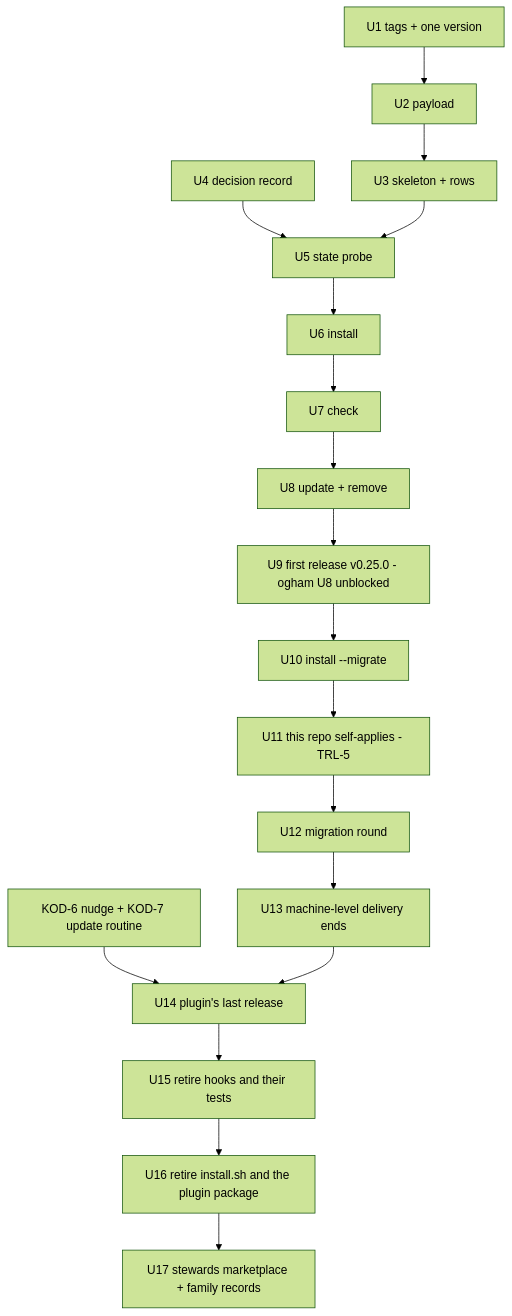
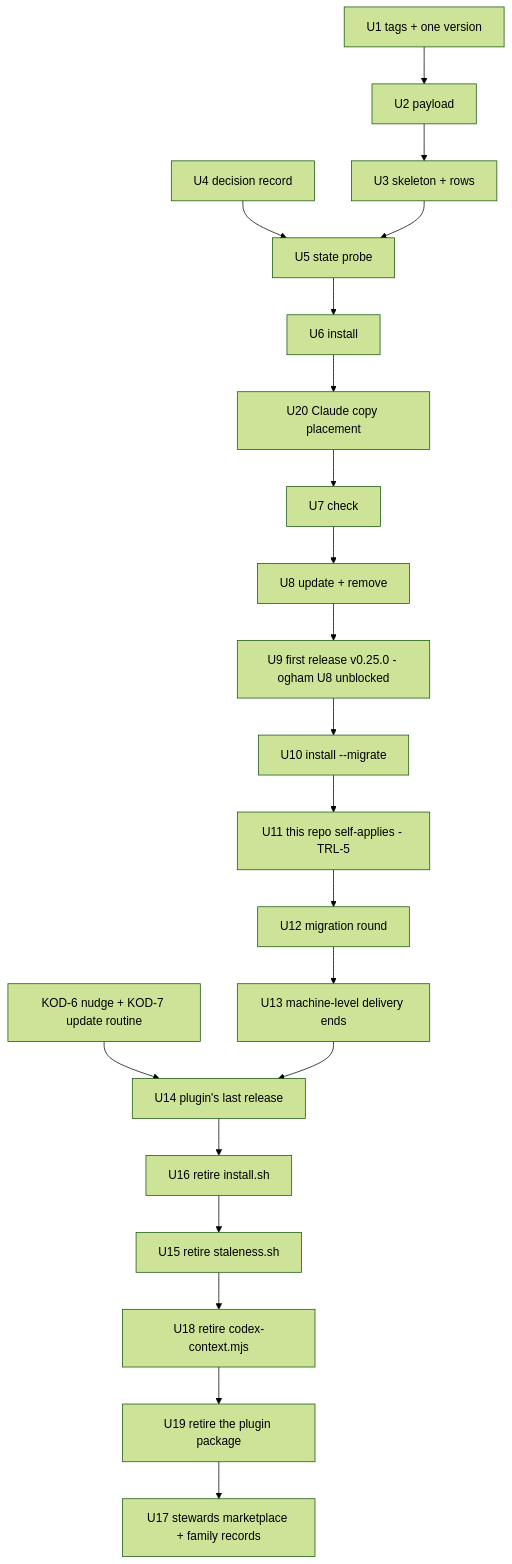
Before and after one commit to kodhama/trellis: the third of 3 diagrams in docs/plans/2026-10-09-1945-refactor-trellis-delivery-direction-plan.md, drawn with Mermaid (forest theme). The commit also changed other lines of this file, not shown here.

````diff
--- a/docs/plans/2026-10-09-1945-refactor-trellis-delivery-direction-plan.md
+++ b/docs/plans/2026-10-09-1945-refactor-trellis-delivery-direction-plan.md
@@ -312,16 +316,17 @@
 ```mermaid
 flowchart TB
   U1[U1 tags + one version] --> U2[U2 payload]
   U2 --> U3[U3 skeleton + rows]
   U4[U4 decision record] --> U5[U5 state probe]
-  U3 --> U5 --> U6[U6 install] --> U7[U7 check] --> U8[U8 update + remove]
+  U3 --> U5 --> U6[U6 install] --> U20[U20 Claude copy placement] --> U7[U7 check] --> U8[U8 update + remove]
   U8 --> U9[U9 first release v0.25.0 - ogham U8 unblocked]
   U9 --> U10[U10 install --migrate]
   U10 --> U11[U11 this repo self-applies - TRL-5]
   U11 --> U12[U12 migration round]
   U12 --> U13[U13 machine-level delivery ends]
   KOD[KOD-6 nudge + KOD-7 update routine] --> U14[U14 plugin's last release]
-  U13 --> U14 --> U15[U15 retire hooks and their tests]
-  U15 --> U16[U16 retire install.sh and the plugin package]
-  U16 --> U17[U17 stewards marketplace + family records]
+  U13 --> U14 --> U16[U16 retire install.sh]
+  U16 --> U15[U15 retire staleness.sh] --> U18[U18 retire codex-context.mjs]
+  U18 --> U19[U19 retire the plugin package]
+  U19 --> U17[U17 stewards marketplace + family records]
 ```
````
